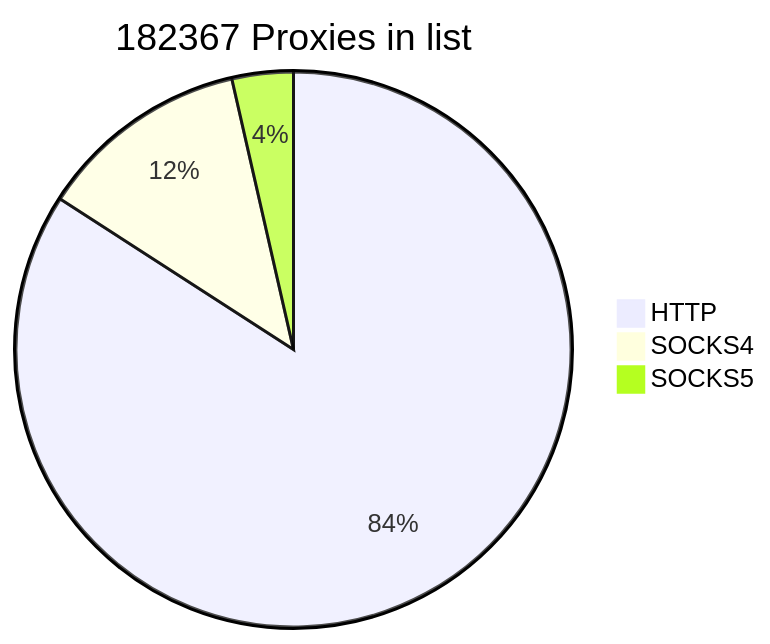
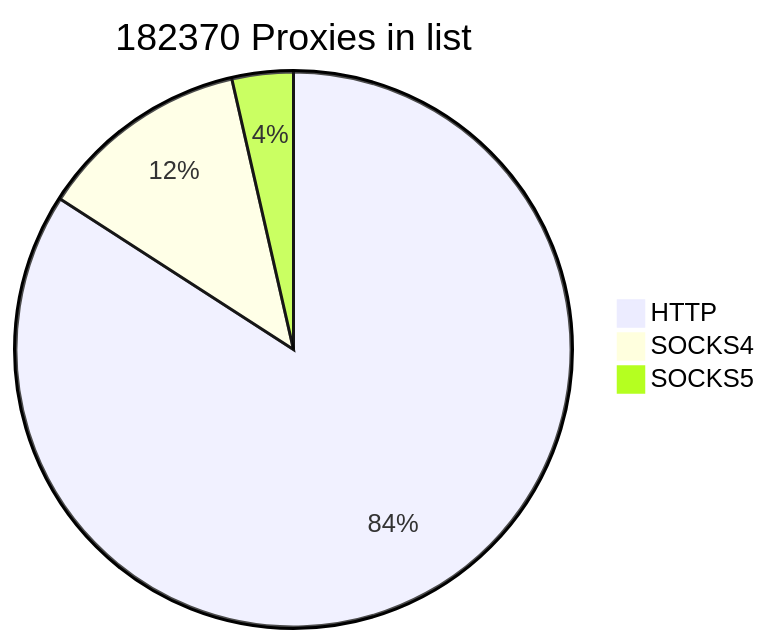
Before and after one commit to cutipu/proxylist: the first of 2 diagrams in README.md, drawn with Mermaid. The commit also changed other lines of this file, not shown here.

````diff
--- a/README.md
+++ b/README.md
@@ -2,7 +2,7 @@
 ```mermaid
-pie title 182367 Proxies in list
-    "HTTP" : 153406
+pie title 182370 Proxies in list
+    "HTTP" : 153407
     "SOCKS4" : 22457
-    "SOCKS5" : 6504
+    "SOCKS5" : 6506
             
 ```
````
